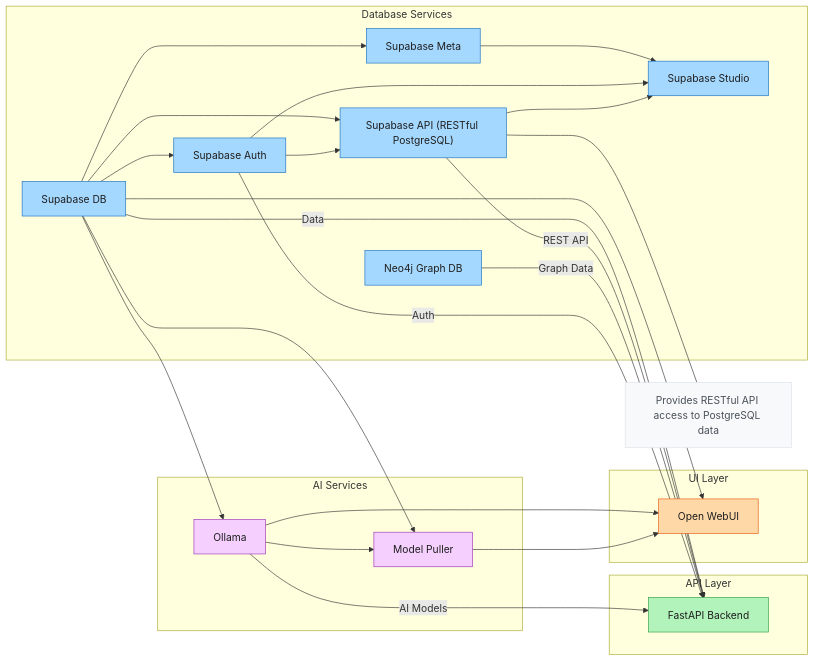
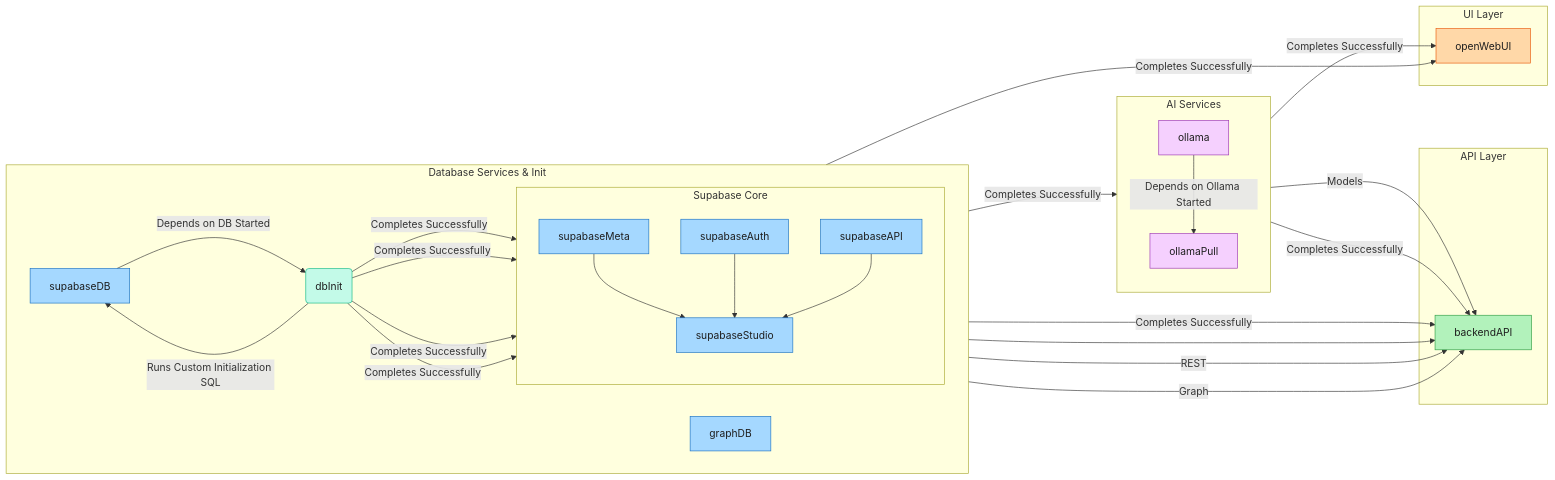
One commit to thekaveh/genai-vanilla changed the diagram in docs/diagrams/architecture.mermaid. Above: the diagram before and after it, drawn with Mermaid. The commit also changed 20 other files, not shown here.

Commit message:
completely revamps and cleans up how the db and its initialization is done via adding an additional db-init service. also updates all image versions.

```diff
--- a/docs/diagrams/architecture.mermaid
+++ b/docs/diagrams/architecture.mermaid
@@ -1,67 +1,71 @@
 graph LR
     %% Define styles
     classDef database fill:#a5d8ff,stroke:#1971c2,color:#1e1e1e
     classDef ai fill:#f5d0fe,stroke:#9c36b5,color:#1e1e1e
     classDef ui fill:#ffd8a8,stroke:#e8590c,color:#1e1e1e
     classDef api fill:#b2f2bb,stroke:#2f9e44,color:#1e1e1e
     
-    %% Database Services
-    subgraph DB[Database Services]
-        supabaseDB[Supabase DB]
-        supabaseMeta[Supabase Meta]
-        supabaseAuth[Supabase Auth]
-        supabaseAPI["Supabase API (RESTful PostgreSQL)"]
-        supabaseStudio[Supabase Studio]
-        graphDB[Neo4j Graph DB]
+    %% Database Services & Initialization
+    subgraph DB[Database Services & Init]
+        direction LR
+        supabaseDB[supabaseDB]
+        dbInit(dbInit)
+        subgraph Supabase Core
+            direction TB
+            supabaseMeta[supabaseMeta]
+            supabaseAuth[supabaseAuth]
+            supabaseAPI[supabaseAPI]
+            supabaseStudio[supabaseStudio]
+        end
+        graphDB[graphDB]
     end
-    
-    supabaseAPI --- apiNote[Provides RESTful API access to PostgreSQL data]
-    style apiNote fill:#f8f9fa,stroke:#dee2e6,color:#495057
-    
+
     %% AI Services
     subgraph AI[AI Services]
-        ollama[Ollama]
-        ollamaPull[Model Puller]
+        direction TB
+        ollama[ollama]
+        ollamaPull[ollamaPull]
     end
     
     %% API Layer (moved to right side)
     subgraph API[API Layer]
-        backendAPI[FastAPI Backend]
+        backendAPI[backendAPI]
     end
     
     %% UI Layer
     subgraph UI[UI Layer]
-        openWebUI[Open WebUI]
+        openWebUI[openWebUI]
     end
     
-    %% Connections based on docker-compose.yml dependencies
-    supabaseDB --> supabaseMeta
-    supabaseDB --> supabaseAuth
-    supabaseDB --> supabaseAPI
-    supabaseAuth --> supabaseAPI
+    %% Connections / Dependencies
+    supabaseDB -- "Depends on DB Started" --> dbInit
+    dbInit -- "Runs Custom Initialization SQL" --> supabaseDB
+    dbInit -- "Completes Successfully" --> supabaseMeta
+    dbInit -- "Completes Successfully" --> supabaseAuth
+    dbInit -- "Completes Successfully" --> supabaseAPI
+    dbInit -- "Completes Successfully" --> supabaseStudio
+    dbInit -- "Completes Successfully" --> ollamaPull
+    dbInit -- "Completes Successfully" --> openWebUI
+    dbInit -- "Completes Successfully" --> backendAPI
+
+    %% Service Inter-dependencies (After db-init)
     supabaseMeta --> supabaseStudio
     supabaseAuth --> supabaseStudio
     supabaseAPI --> supabaseStudio
-    
-    %% Backend dependencies
-    supabaseDB -- Data --> backendAPI
-    supabaseAPI -- REST API --> backendAPI
-    graphDB -- Graph Data --> backendAPI
-    ollama -- AI Models --> backendAPI
-    supabaseAuth -- Auth --> backendAPI
-    
-    %% Ollama and related services
-    supabaseDB --> ollama
-    ollama --> ollamaPull
-    supabaseDB --> ollamaPull
-    
-    %% Open WebUI dependencies
-    ollama --> openWebUI
-    supabaseDB --> openWebUI
-    ollamaPull --> openWebUI
-    
+    supabaseAuth --> backendAPI
+    supabaseAPI -- REST --> backendAPI
+    graphDB -- Graph --> backendAPI
+    ollama -- Models --> backendAPI
+    ollamaPull -- "Completes Successfully" --> openWebUI
+    ollamaPull -- "Completes Successfully" --> backendAPI
+    ollama -- "Depends on Ollama Started" --> ollamaPull
+
+
     %% Apply styles
-    class supabaseDB,supabaseMeta,supabaseAuth,supabaseAPI,supabaseStudio,graphDB database
+    classDef init fill:#c3fae8,stroke:#12b886,color:#1e1e1e
+    class supabaseDB,graphDB database
+    class supabaseMeta,supabaseAuth,supabaseAPI,supabaseStudio database
     class ollama,ollamaPull ai
     class openWebUI ui
     class backendAPI api
+    class dbInit init
```
